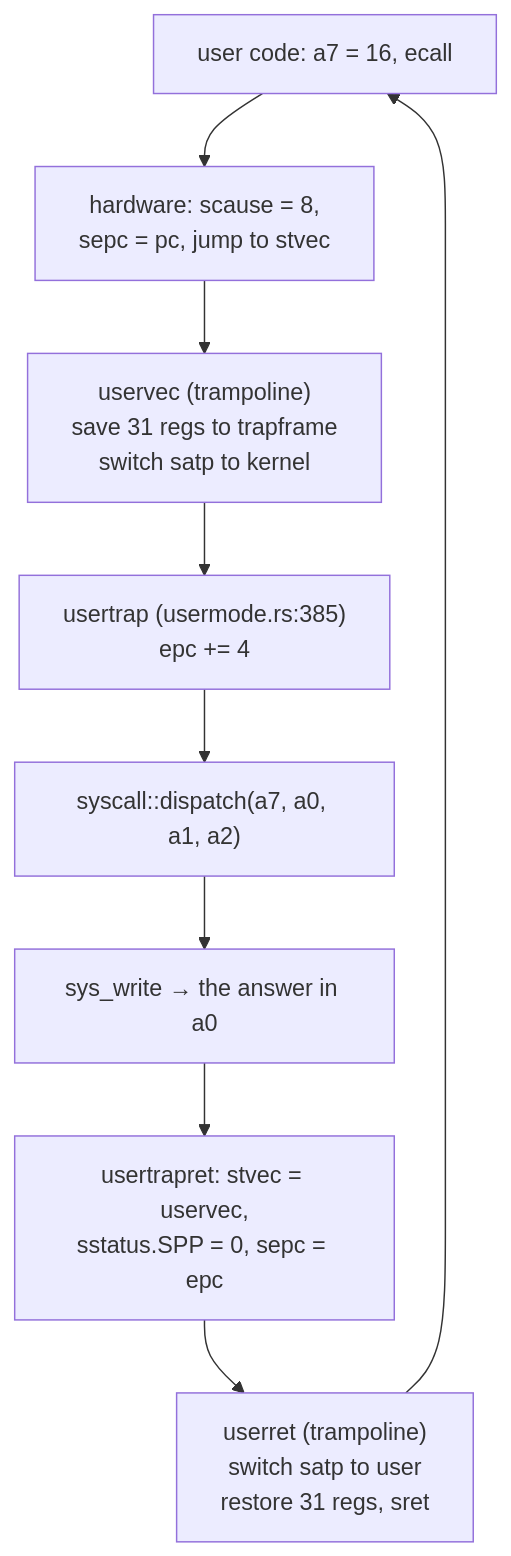
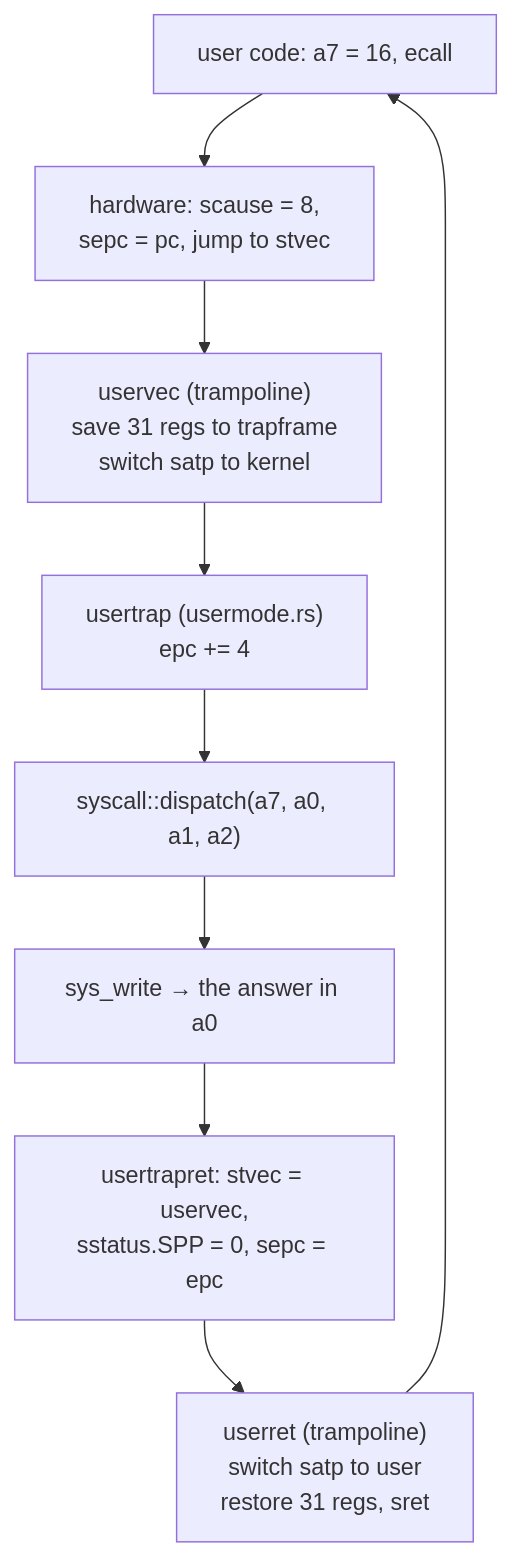
One commit to USF-CS326-F26/USF-CS326-F26.github.io changed the diagram in docs/guides/key-concepts.md. Above: the diagram before and after it, drawn with Mermaid. The commit also changed other lines of this file and 66 other files, not shown here.

````diff
--- a/docs/guides/key-concepts.md
+++ b/docs/guides/key-concepts.md
@@ -130,11 +130,11 @@
 ```mermaid
 flowchart TD
   A["user code: a7 = 16, ecall"] --> B["hardware: scause = 8,\nsepc = pc, jump to stvec"]
   B --> C["uservec (trampoline)\nsave 31 regs to trapframe\nswitch satp to kernel"]
-  C --> D["usertrap (usermode.rs:385)\nepc += 4"]
+  C --> D["usertrap (usermode.rs)\nepc += 4"]
   D --> E["syscall::dispatch(a7, a0, a1, a2)"]
   E --> F["sys_write → the answer in a0"]
   F --> G["usertrapret: stvec = uservec,\nsstatus.SPP = 0, sepc = epc"]
   G --> H["userret (trampoline)\nswitch satp to user\nrestore 31 regs, sret"]
   H --> A
 ```
````
